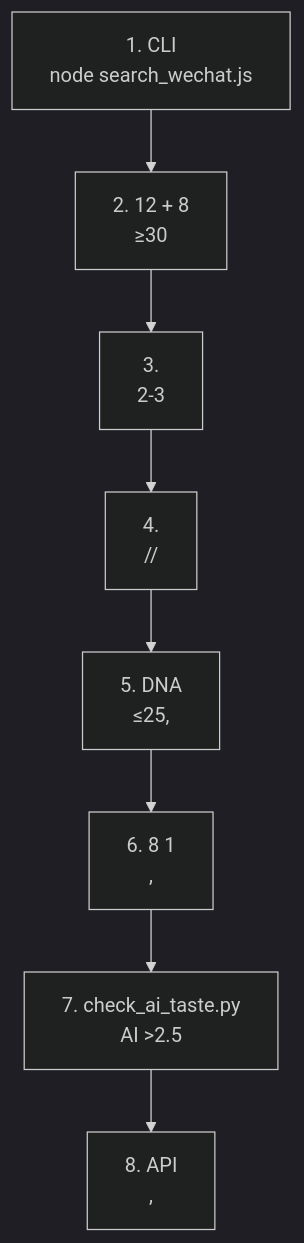
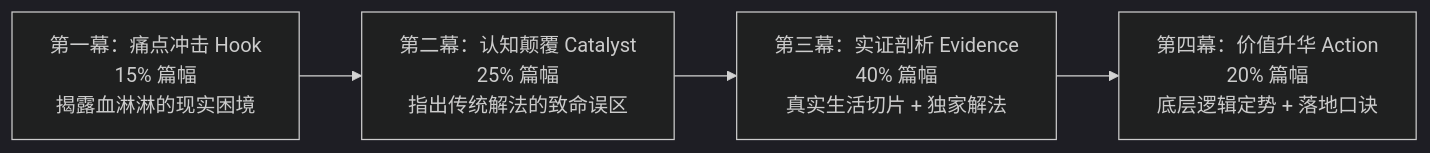
The third of 4 diagrams in docs/orange-paper.md (Meltemi-Q/wechat-viral-orange-paper), drawn with Mermaid (dark theme) before and after one commit. The commit also changed other lines of this file and 62 other files, not shown here.

````diff
--- a/docs/orange-paper.md
+++ b/docs/orange-paper.md
@@ -240,10 +320,6 @@
 ```mermaid
-graph TD
- Step1[1. CLI<br>node search_wechat.js] --> Step2[2. 12 + 8<br> ≥30 ]
- Step2 --> Step3[3. <br>2-3]
- Step3 --> Step4[4. <br>//]
- Step4 --> Step5[5. DNA<br>≤25, ]
- Step5 --> Step6[6. 8 1<br>, ]
- Step6 --> Step7[7. check_ai_taste.py<br>AI >2.5 ]
- Step7 --> Step8[8. API<br>, ]
+graph LR
+    Act1[第一幕：痛点冲击 Hook<br/>15% 篇幅<br/>揭露血淋淋的现实困境] --> Act2[第二幕：认知颠覆 Catalyst<br/>25% 篇幅<br/>指出传统解法的致命误区]
+    Act2 --> Act3[第三幕：实证剖析 Evidence<br/>40% 篇幅<br/>真实生活切片 + 独家解法]
+    Act3 --> Act4[第四幕：价值升华 Action<br/>20% 篇幅<br/>底层逻辑定势 + 落地口诀]
 ```
````
